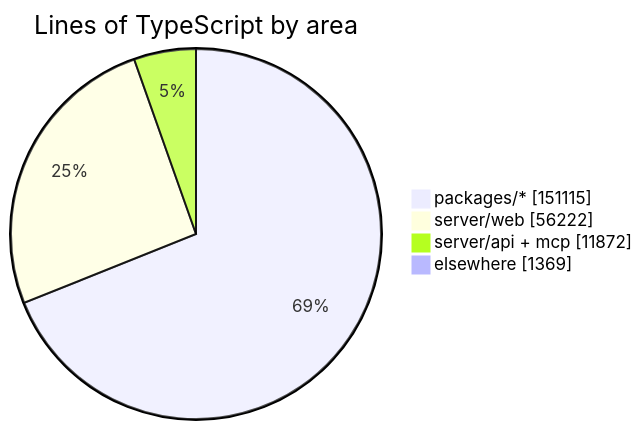
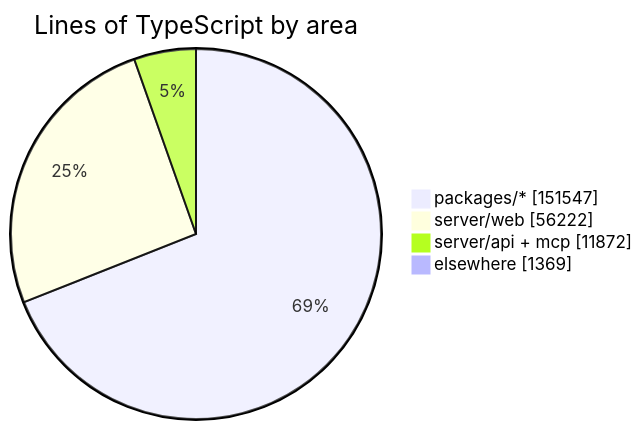
One commit to crossworks-engineering/mantle changed the diagram in README.md. Above: the diagram before and after it, drawn with Mermaid. The commit also changed other lines of this file and 2 other files, not shown here.

````diff
--- a/README.md
+++ b/README.md
@@ -279,7 +279,7 @@
 ```mermaid
 pie showData title Lines of TypeScript by area
-    "packages/*" : 151115
+    "packages/*" : 151547
     "server/web" : 56222
     "server/api + mcp" : 11872
     "elsewhere" : 1369
 ```
````
